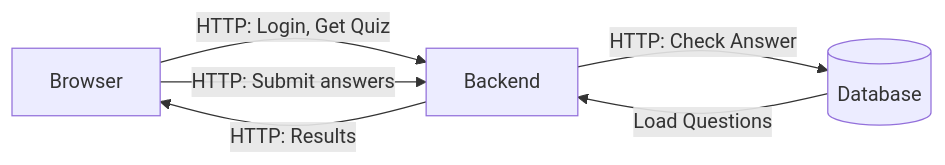
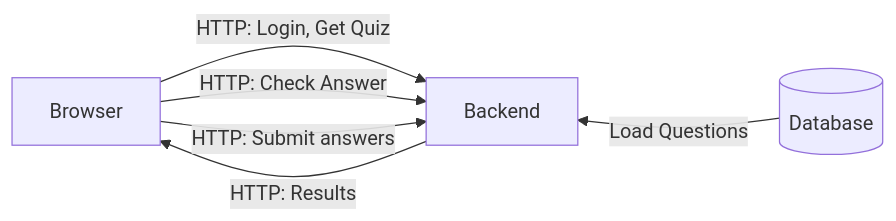
One commit to PSI-RDB-2026/QuizApp changed the third of 5 diagrams in docs/DESIGN.md. Above: the diagram before and after it, drawn with Mermaid. The commit also changed other lines of this file, not shown here.

Commit message:
Multiplayer and hhtp not between DB and backend

````diff
--- a/docs/DESIGN.md
+++ b/docs/DESIGN.md
@@ -111,18 +111,18 @@
 ```mermaid
 flowchart LR
     Browser[Browser]
     Backend[Backend]
     DB[(Database)]
 
     Browser -->|HTTP: Login, Get Quiz| Backend
-    Backend -->|HTTP: Check Answer| DB
+    Browser -->|HTTP: Check Answer| Backend
     Browser -->|HTTP: Submit answers| Backend
 
     DB -->|Load Questions| Backend
 
     Backend ~~~ DB
 
     Backend -->|HTTP: Results| Browser
 
 
 ```
````
